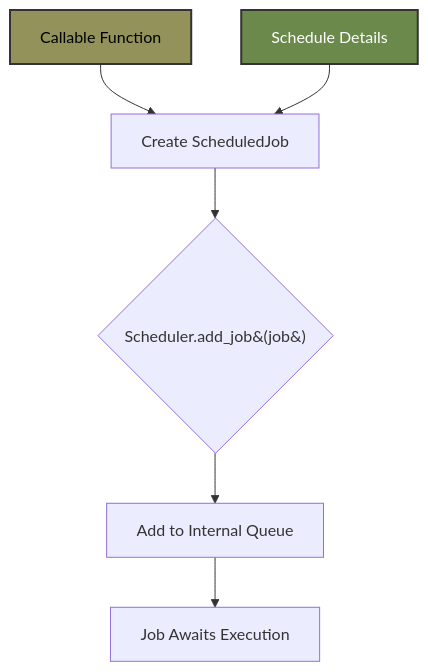
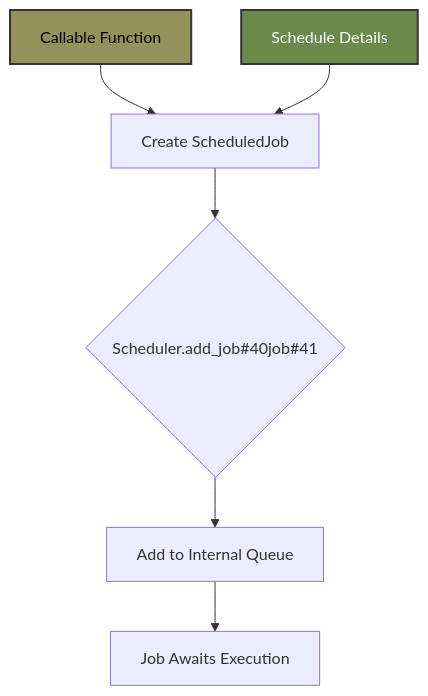
One commit to ikko/sym changed diagram 13 of 13 in docs/readme_details/8_api_highlights/index.md. Above: the diagram before and after it, drawn with Mermaid. The commit also changed other lines of this file and 38 other files, not shown here.

Commit message:
mermaids maybe fixed

````diff
--- a/docs/readme_details/8_api_highlights/index.md
+++ b/docs/readme_details/8_api_highlights/index.md
@@ -567,12 +567,12 @@
 ```mermaid
 graph TD
     A[Callable Function] --> B[Create ScheduledJob];
     C[Schedule Details] --> B;
-    B --> D{Scheduler.add_job&#40;job&#41;};
+    B --> D{Scheduler.add_job#40job#41};
     D --> E[Add to Internal Queue];
     E --> F[Job Awaits Execution];
     style C fill:#6b894b,stroke:#333,stroke-width:2px,color:#FFFFFF;
 
     style A fill:#92925a,stroke:#333,stroke-width:2px,color:#000000;
     style C fill:#6b894b,stroke:#333,stroke-width:2px,color:#FFFFFF;
 ```
````
